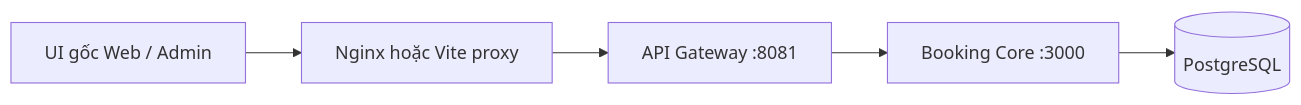
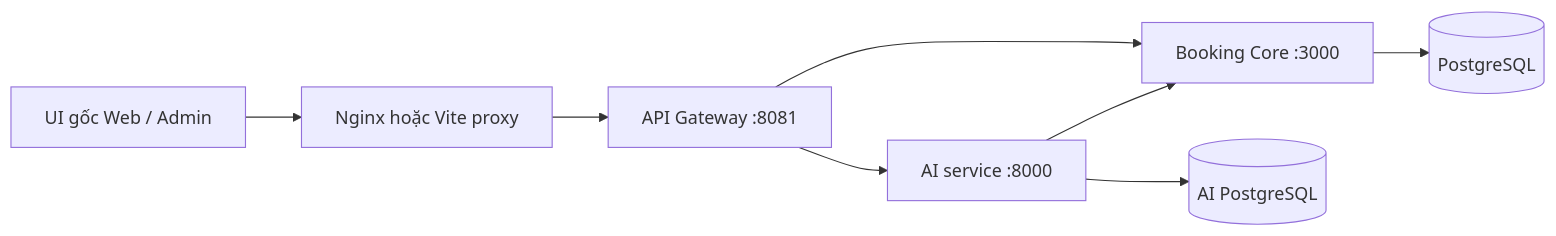
Before and after one commit to chiendz11/badminton_system: the diagram in docs/API_GATEWAY.md, drawn with Mermaid. The commit also changed other lines of this file and 65 other files, not shown here.

````diff
--- a/docs/API_GATEWAY.md
+++ b/docs/API_GATEWAY.md
@@ -13,7 +13,10 @@
 ```mermaid
 flowchart LR
   UI[UI gốc Web / Admin] --> N[Nginx hoặc Vite proxy]
   N --> G[API Gateway :8081]
   G --> C[Booking Core :3000]
+  G --> A[AI service :8000]
+  A --> C
+  A --> AI_DB[(AI PostgreSQL)]
   C --> DB[(PostgreSQL)]
 ```
````
